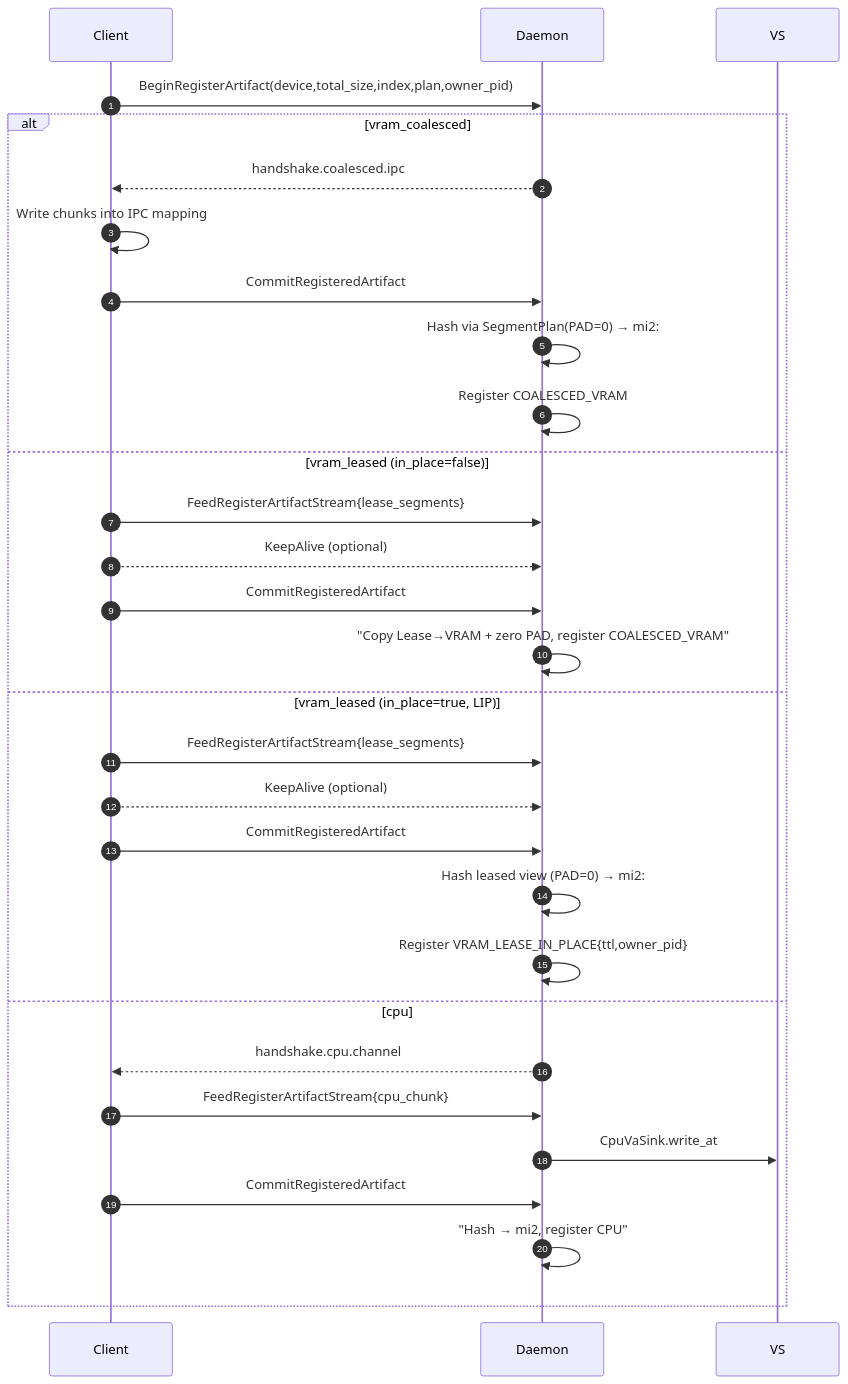
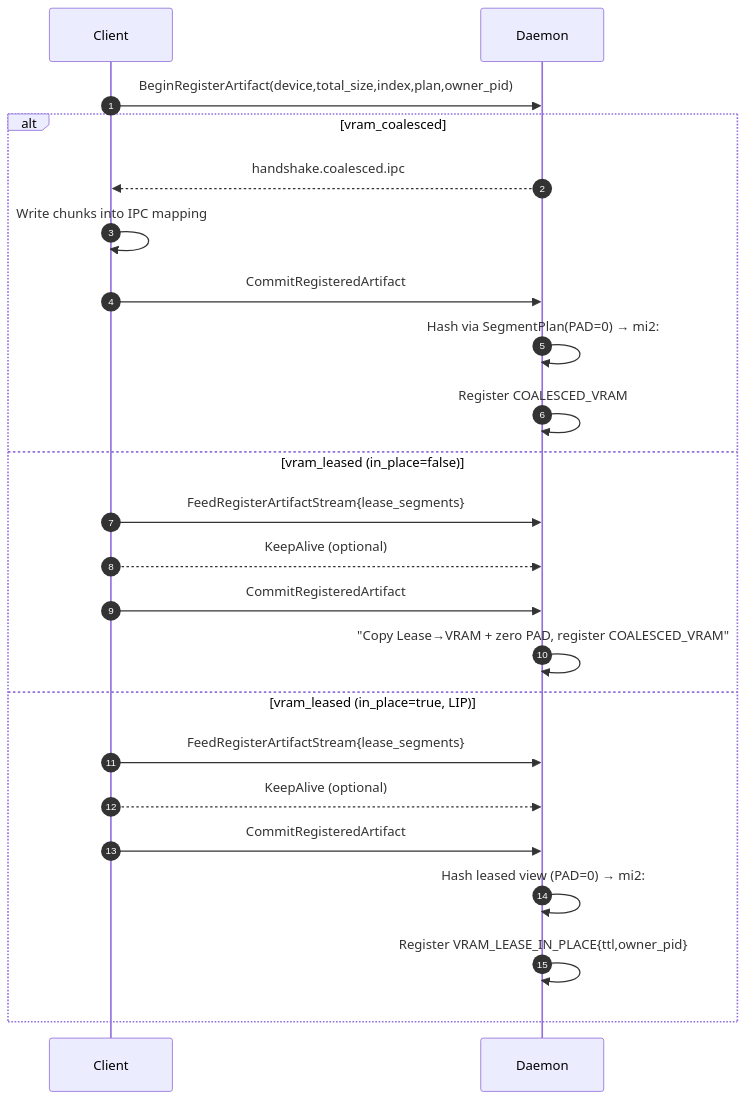
One commit to tensorcast-ai/tensorcast changed the first of 2 diagrams in docs/designs/0003-unified-memory-registration-avbs-lip.md. Above: the diagram before and after it, drawn with Mermaid. The commit also changed other lines of this file and 10 other files, not shown here.

````diff
--- a/docs/designs/0003-unified-memory-registration-avbs-lip.md
+++ b/docs/designs/0003-unified-memory-registration-avbs-lip.md
@@ -110,33 +107,26 @@
 ```mermaid
 sequenceDiagram
   autonumber
   participant CL as Client
   participant DM as Daemon
-  participant VS as VS
 
   CL->>DM: BeginRegisterArtifact(device,total_size,index,plan,owner_pid)
   alt vram_coalesced
     DM-->>CL: handshake.coalesced.ipc
     CL->>CL: Write chunks into IPC mapping
     CL->>DM: CommitRegisteredArtifact
     DM->>DM: Hash via SegmentPlan(PAD=0) → mi2:
     DM->>DM: Register COALESCED_VRAM
   else vram_leased (in_place=false)
     CL->>DM: FeedRegisterArtifactStream{lease_segments}
     CL-->>DM: KeepAlive (optional)
     CL->>DM: CommitRegisteredArtifact
     DM->>DM: "Copy Lease→VRAM + zero PAD, register COALESCED_VRAM"
   else vram_leased (in_place=true, LIP)
     CL->>DM: FeedRegisterArtifactStream{lease_segments}
     CL-->>DM: KeepAlive (optional)
     CL->>DM: CommitRegisteredArtifact
     DM->>DM: Hash leased view (PAD=0) → mi2:
     DM->>DM: Register VRAM_LEASE_IN_PLACE{ttl,owner_pid}
-  else cpu
-    DM-->>CL: handshake.cpu.channel
-    CL->>DM: FeedRegisterArtifactStream{cpu_chunk}
-    DM->>VS: CpuVaSink.write_at
-    CL->>DM: CommitRegisteredArtifact
-    DM->>DM: "Hash → mi2, register CPU"
   end
 ```
````
